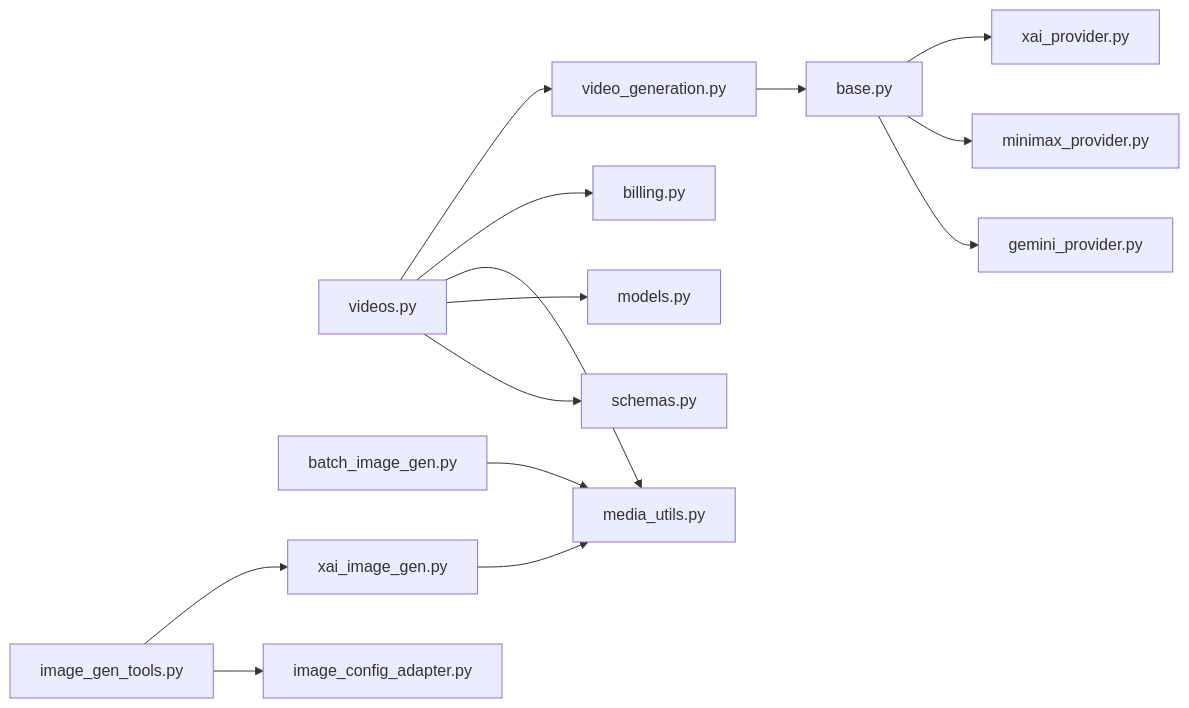
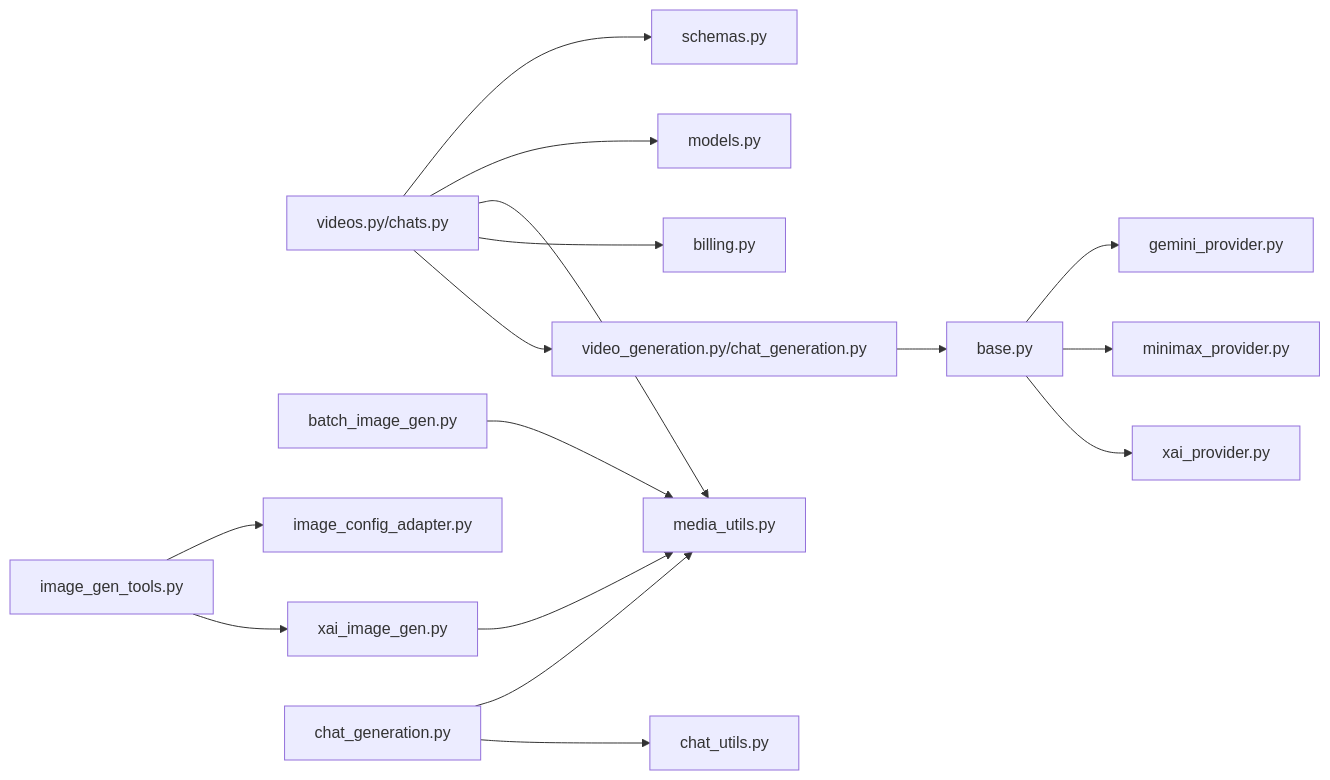
One commit to KunLabAI/KunFlix changed the seventh of 7 diagrams in .qoder/repowiki/zh/content/后端服务架构/业务服务层/媒体生成服务/媒体生成服务.md. Above: the diagram before and after it, drawn with Mermaid. The commit also changed other lines of this file and 10 other files, not shown here.

First line of the commit message:
feat(gemini): 新增Gemini Nano Banana图像生成功能及编辑支持

````diff
--- a/.qoder/repowiki/zh/content/后端服务架构/业务服务层/媒体生成服务/媒体生成服务.md
+++ b/.qoder/repowiki/zh/content/后端服务架构/业务服务层/媒体生成服务/媒体生成服务.md
@@ -335,16 +467,18 @@
 ```mermaid
 graph LR
-R["videos.py"] --> S1["video_generation.py"]
+R["videos.py/chats.py"] --> S1["video_generation.py/chat_generation.py"]
 R --> S6["billing.py"]
 R --> S5["media_utils.py"]
 S1 --> A1["base.py"]
 A1 --> A2["xai_provider.py"]
 A1 --> A3["minimax_provider.py"]
 A1 --> A4["gemini_provider.py"]
 S2["batch_image_gen.py"] --> S5
 S3["xai_image_gen.py"] --> S5
 S4["image_gen_tools.py"] --> S3
 S4 --> S7["image_config_adapter.py"]
+S8["chat_generation.py"] --> S9["chat_utils.py"]
+S8 --> S5
 R --> D1["models.py"]
 R --> D2["schemas.py"]
 ```
````
